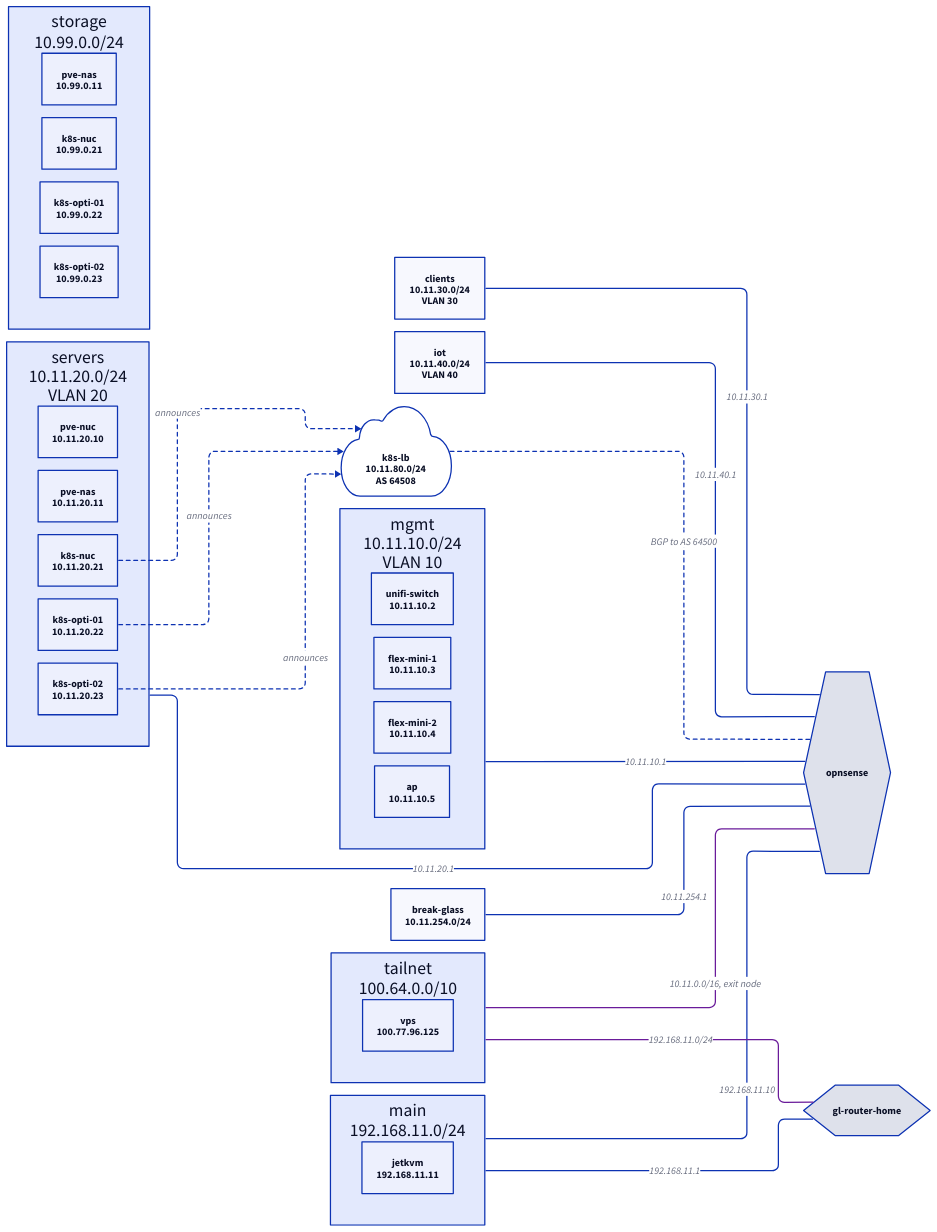
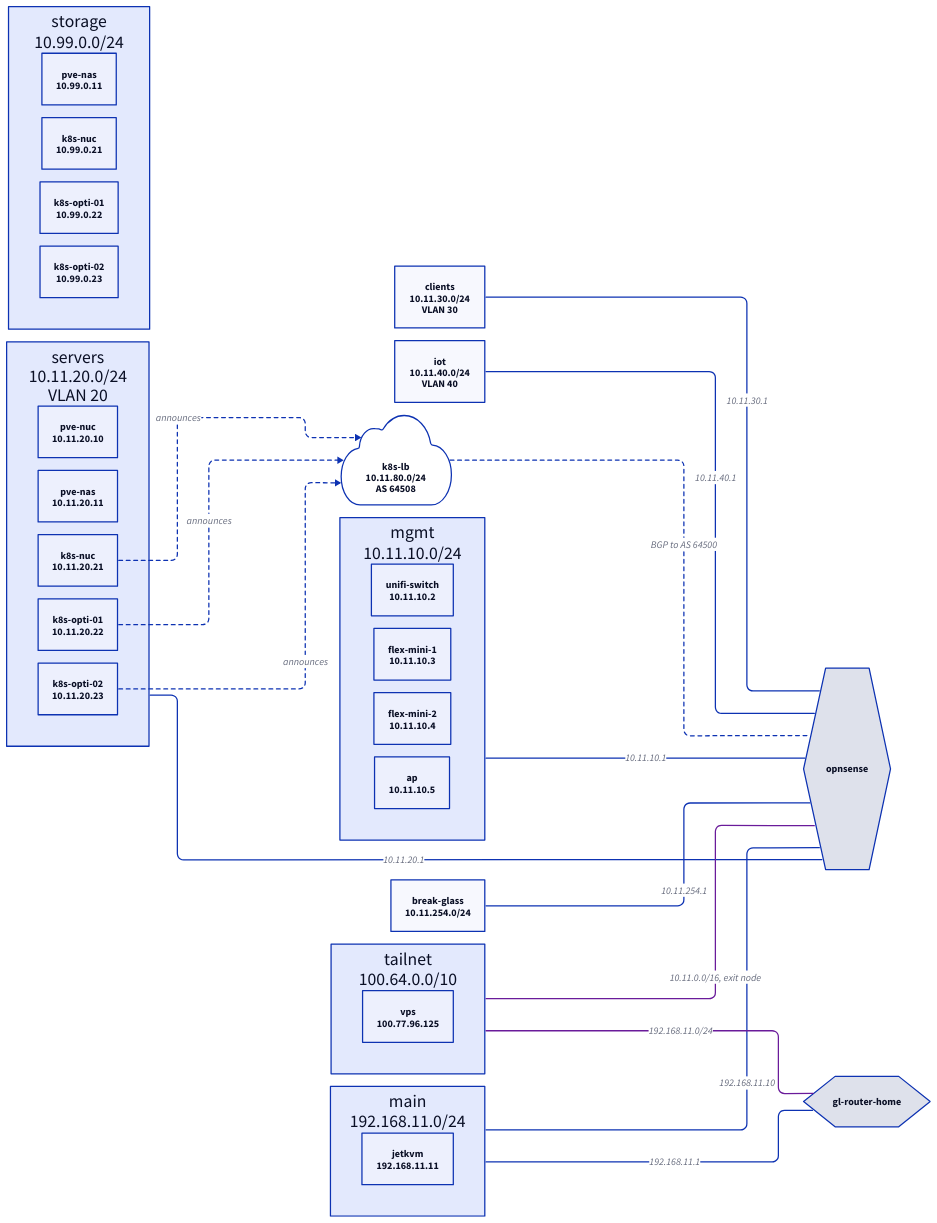
The diagram in docs/diagrams/network.d2 (subbeh/home-ops), drawn with D2 before and after one commit. The commit also changed 4 other files, not shown here.

```diff
--- a/docs/diagrams/network.d2
+++ b/docs/diagrams/network.d2
@@ -1,65 +1,65 @@
 # GENERATED by just docs; do not edit. `just docs` renders it to network.svg.
 # The Networks from network.yaml with their addresses, the routers between them, the Pools
 # and the tailnet routes. A Network with no edge to a router is unrouted.
 direction: right
 # dagre routes edges through unrelated Network containers; elk doesn't.
 vars: {d2-config: {layout-engine: elk}}
 
 "gl-router-home": {shape: hexagon}
 "opnsense": {shape: hexagon}
 
 "main": {
   label: "main\n192.168.11.0/24"
   "jetkvm": "jetkvm\n192.168.11.11"
 }
 "main" -- "gl-router-home": "192.168.11.1"
 "main" -- "opnsense": "192.168.11.10"
 "mgmt": {
-  label: "mgmt\n10.11.10.0/24\nVLAN 10"
+  label: "mgmt\n10.11.10.0/24"
   "unifi-switch": "unifi-switch\n10.11.10.2"
   "flex-mini-1": "flex-mini-1\n10.11.10.3"
   "flex-mini-2": "flex-mini-2\n10.11.10.4"
   "ap": "ap\n10.11.10.5"
 }
 "mgmt" -- "opnsense": "10.11.10.1"
 "servers": {
   label: "servers\n10.11.20.0/24\nVLAN 20"
   "pve-nuc": "pve-nuc\n10.11.20.10"
   "pve-nas": "pve-nas\n10.11.20.11"
   "k8s-nuc": "k8s-nuc\n10.11.20.21"
   "k8s-opti-01": "k8s-opti-01\n10.11.20.22"
   "k8s-opti-02": "k8s-opti-02\n10.11.20.23"
 }
 "servers" -- "opnsense": "10.11.20.1"
 "clients": {
   label: "clients\n10.11.30.0/24\nVLAN 30"
 }
 "clients" -- "opnsense": "10.11.30.1"
 "iot": {
   label: "iot\n10.11.40.0/24\nVLAN 40"
 }
 "iot" -- "opnsense": "10.11.40.1"
 "break-glass": {
   label: "break-glass\n10.11.254.0/24"
 }
 "break-glass" -- "opnsense": "10.11.254.1"
 "storage": {
   label: "storage\n10.99.0.0/24"
   "pve-nas": "pve-nas\n10.99.0.11"
   "k8s-nuc": "k8s-nuc\n10.99.0.21"
   "k8s-opti-01": "k8s-opti-01\n10.99.0.22"
   "k8s-opti-02": "k8s-opti-02\n10.99.0.23"
 }
 "tailnet": {
   label: "tailnet\n100.64.0.0/10"
   "vps": "vps\n100.77.96.125"
 }
 
 "k8s-lb": "k8s-lb\n10.11.80.0/24\nAS 64508" {shape: cloud}
 "k8s-lb" -- "opnsense": "BGP to AS 64500" {style.stroke-dash: 3}
 "servers"."k8s-nuc" -> "k8s-lb": announces {style.stroke-dash: 3}
 "servers"."k8s-opti-01" -> "k8s-lb": announces {style.stroke-dash: 3}
 "servers"."k8s-opti-02" -> "k8s-lb": announces {style.stroke-dash: 3}
 
 tailnet -- "opnsense": "10.11.0.0/16, exit node" {style.stroke: "#6A1B9A"}
 tailnet -- "gl-router-home": "192.168.11.0/24" {style.stroke: "#6A1B9A"}
```
